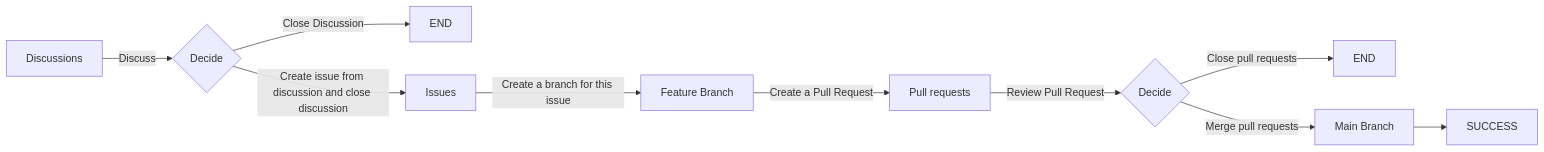
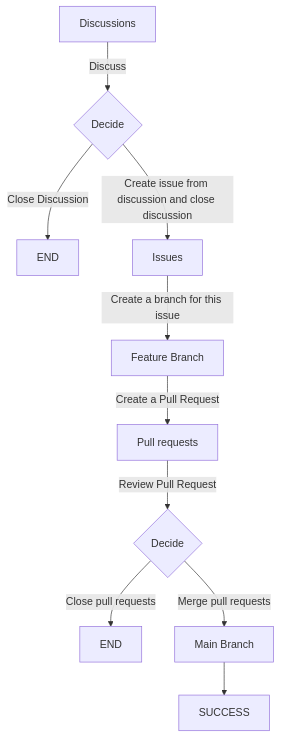
One commit to ClosedSourcerer/ExpertGroupGitHubTraining changed the first of 2 diagrams in README.md. Above: the diagram before and after it, drawn with Mermaid.

````diff
--- a/README.md
+++ b/README.md
@@ -13,12 +13,12 @@
 ```mermaid
-graph LR;
+graph TD;
     A[Discussions]-->|Discuss|B{Decide};
     B-->|Close Discussion|C[END];
     B-->|Create issue from discussion and close discussion|D[Issues];
     D-->|Create a branch for this issue|E[Feature Branch];
     E-->|Create a Pull Request|F[Pull requests]
     F-->|Review Pull Request|G{Decide}
     G-->|Close pull requests|H[END]
     G-->|Merge pull requests|I[Main Branch]
     I-->J[SUCCESS]
 ```
````
